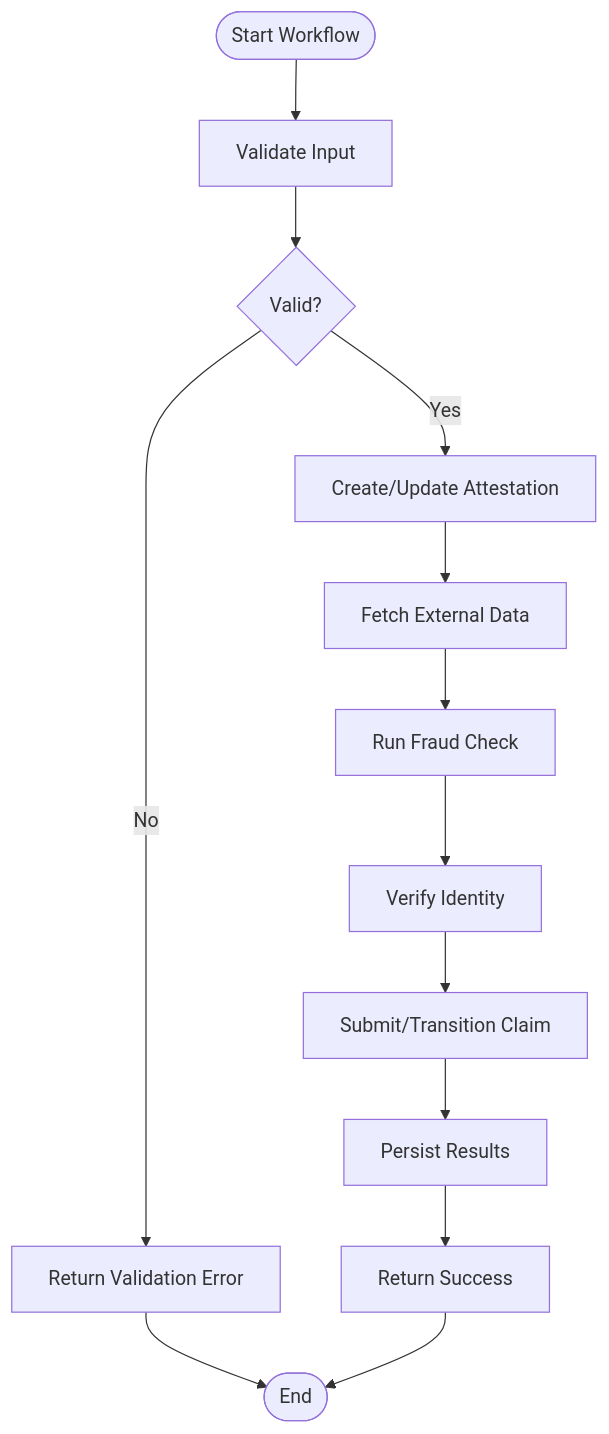
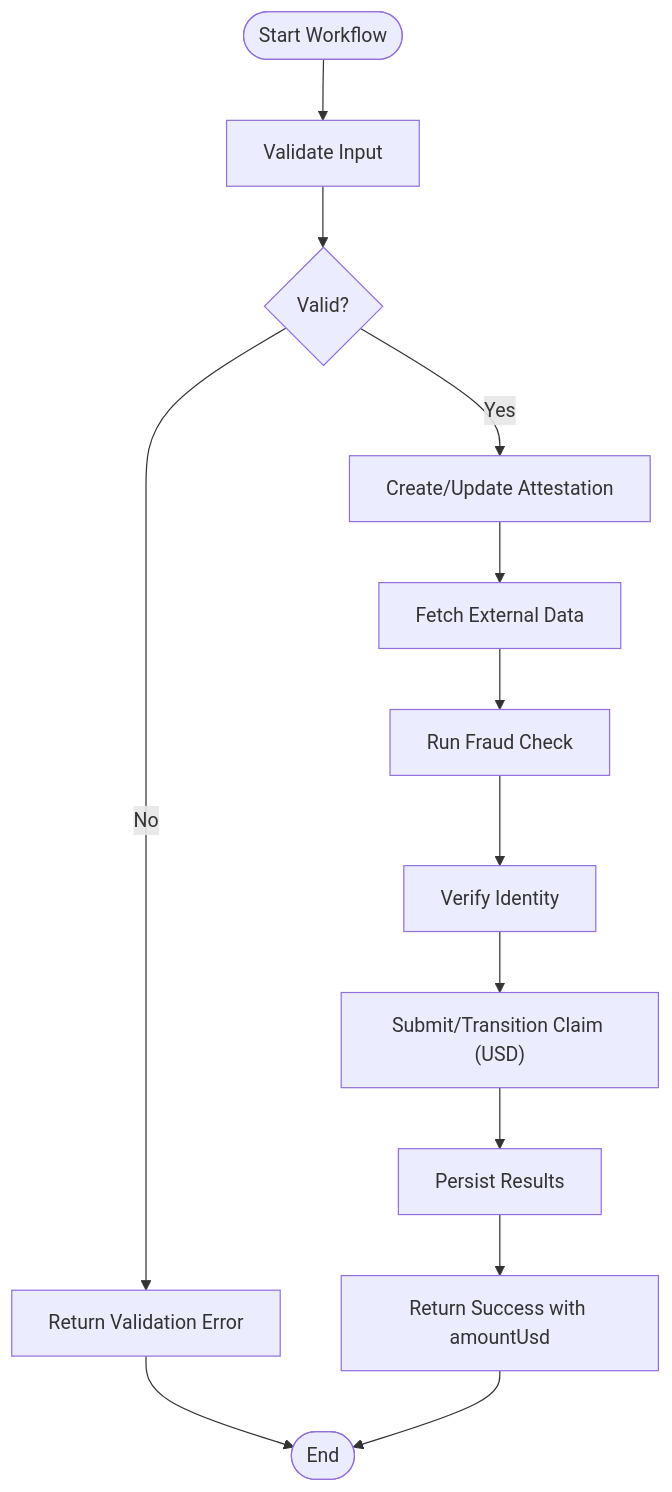
Before and after one commit to hieudepoet/Insurix: the third of 9 diagrams in .qoder/repowiki/en/content/Architecture Overview/Backend Services Architecture.md, drawn with Mermaid. The commit also changed other lines of this file and 63 other files, not shown here.

````diff
--- a/.qoder/repowiki/en/content/Architecture Overview/Backend Services Architecture.md
+++ b/.qoder/repowiki/en/content/Architecture Overview/Backend Services Architecture.md
@@ -149,15 +156,15 @@
 ```mermaid
 flowchart TD
 Start(["Start Workflow"]) --> Validate["Validate Input"]
 Validate --> Valid{"Valid?"}
 Valid --> |No| ReturnError["Return Validation Error"]
 Valid --> |Yes| CreateAttestation["Create/Update Attestation"]
 CreateAttestation --> FetchExternal["Fetch External Data"]
 FetchExternal --> RunFraud["Run Fraud Check"]
 RunFraud --> VerifyIdentity["Verify Identity"]
-VerifyIdentity --> SubmitClaim["Submit/Transition Claim"]
+VerifyIdentity --> SubmitClaim["Submit/Transition Claim (USD)"]
 SubmitClaim --> Persist["Persist Results"]
-Persist --> Success["Return Success"]
+Persist --> Success["Return Success with amountUsd"]
 ReturnError --> End(["End"])
 Success --> End
 ```
````
